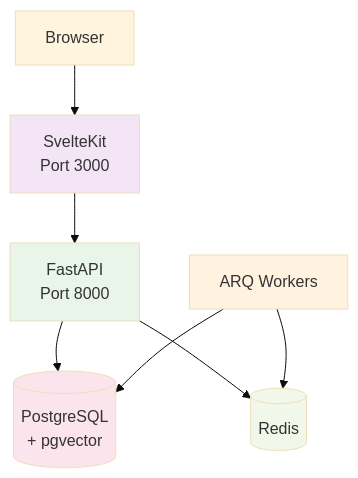
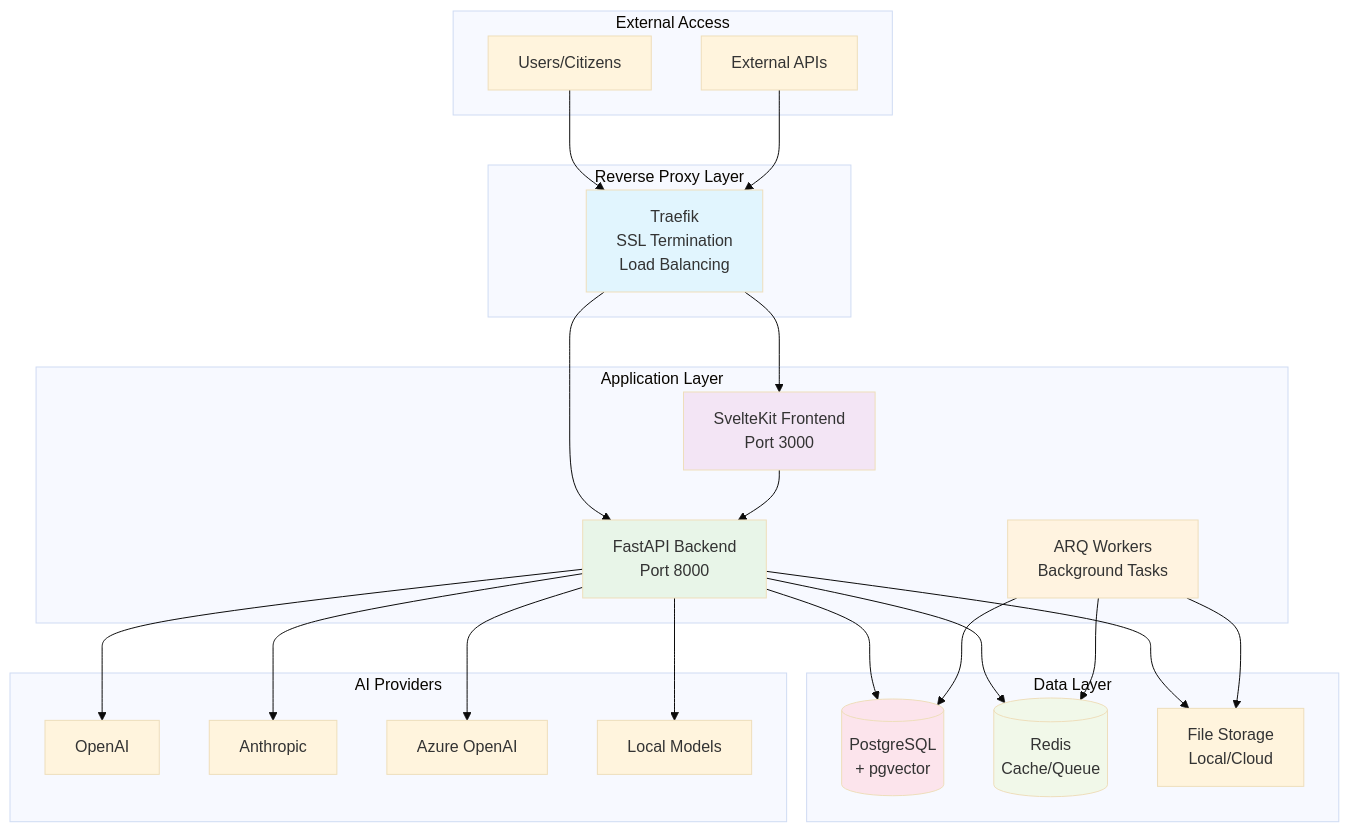
Before and after one commit to CCimen/docs-test: the diagram in README.md, drawn with Mermaid (base theme). The commit also changed other lines of this file and 26 other files, not shown here.

````diff
--- a/README.md
+++ b/README.md
@@ -272,15 +129,53 @@
 ```mermaid
 graph TB
-    U[Browser] --> FE[SvelteKit<br/>Port 3000]
-    FE --> BE[FastAPI<br/>Port 8000]
-    BE --> DB[(PostgreSQL<br/>+ pgvector)]
-    BE --> R[(Redis)]
-    W[ARQ Workers] --> R
+    subgraph "External Access"
+        U[Users/Citizens]
+        API[External APIs]
+    end
+    
+    subgraph "Reverse Proxy Layer"
+        T[Traefik<br/>SSL Termination<br/>Load Balancing]
+    end
+    
+    subgraph "Application Layer"
+        FE[SvelteKit Frontend<br/>Port 3000]
+        BE[FastAPI Backend<br/>Port 8000]
+        W[ARQ Workers<br/>Background Tasks]
+    end
+    
+    subgraph "Data Layer"
+        DB[(PostgreSQL<br/>+ pgvector)]
+        R[(Redis<br/>Cache/Queue)]
+        FS[File Storage<br/>Local/Cloud]
+    end
+    
+    subgraph "AI Providers"
+        OAI[OpenAI]
+        ANT[Anthropic]
+        AZ[Azure OpenAI]
+        LOC[Local Models]
+    end
+    
+    U --> T
+    API --> T
+    T --> FE
+    T --> BE
+    FE --> BE
+    BE --> DB
+    BE --> R
+    BE --> FS
+    W --> R
     W --> DB
+    W --> FS
+    BE --> OAI
+    BE --> ANT
+    BE --> AZ
+    BE --> LOC
     
+    style T fill:#e1f5fe
     style FE fill:#f3e5f5
     style BE fill:#e8f5e8
     style W fill:#fff3e0
     style DB fill:#fce4ec
     style R fill:#f1f8e9
 ```
````
